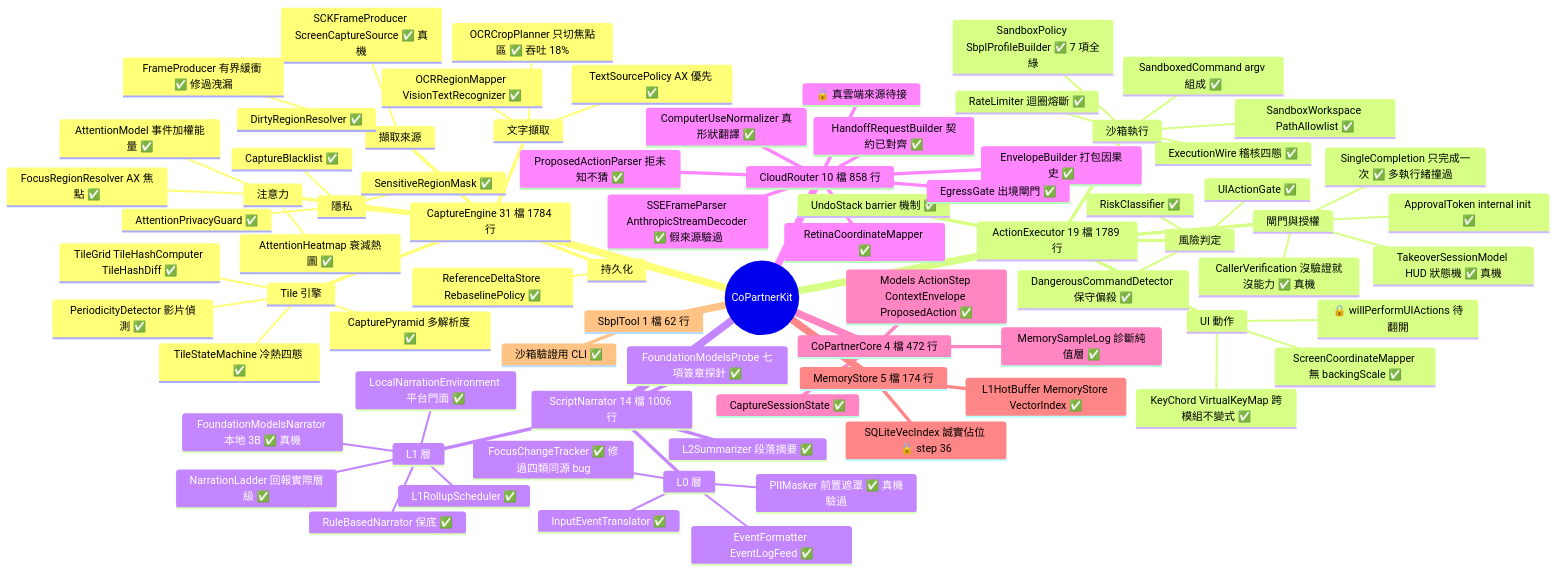
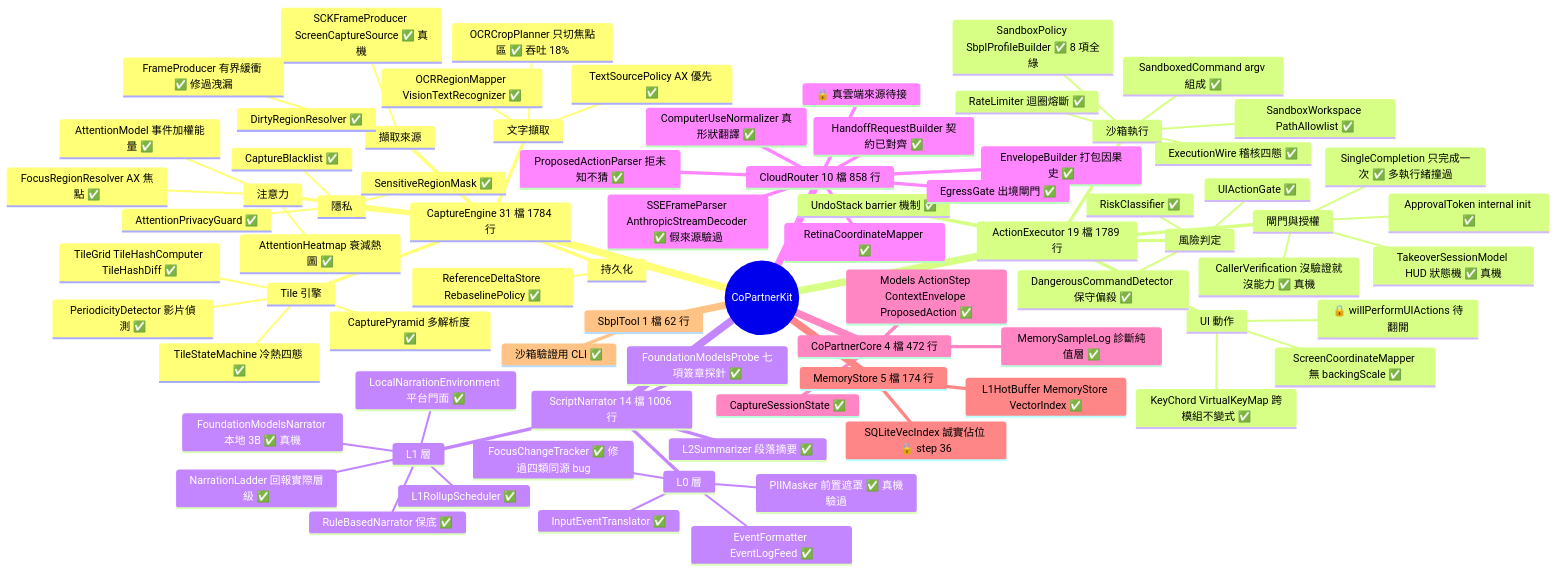
One commit to pcpcchen-coder/CoPartner changed the second of 10 diagrams in docs/project-mindmap.md. Above: the diagram before and after it, drawn with Mermaid. The commit also changed other lines of this file and 10 other files, not shown here.

First line of the commit message:
docs: 進度對帳第二輪 —— 修正 62/66 算術與 sandbox 項數，同步三個衍生視圖

````diff
--- a/docs/project-mindmap.md
+++ b/docs/project-mindmap.md
@@ -86,81 +86,81 @@
 ```mermaid
 mindmap
   root((CoPartnerKit))
     CaptureEngine 31 檔 1784 行
       擷取來源
         SCKFrameProducer ScreenCaptureSource ✅ 真機
         DirtyRegionResolver ✅
         FrameProducer 有界緩衝 ✅ 修過洩漏
       Tile 引擎
         TileGrid TileHashComputer TileHashDiff ✅
         TileStateMachine 冷熱四態 ✅
         PeriodicityDetector 影片偵測 ✅
         CapturePyramid 多解析度 ✅
       注意力
         AttentionModel 事件加權能量 ✅
         AttentionHeatmap 衰減熱圖 ✅
         FocusRegionResolver AX 焦點 ✅
       文字擷取
         OCRCropPlanner 只切焦點區 ✅ 吞吐 18%
         OCRRegionMapper VisionTextRecognizer ✅
         TextSourcePolicy AX 優先 ✅
       隱私
         SensitiveRegionMask ✅
         CaptureBlacklist ✅
         AttentionPrivacyGuard ✅
       持久化
         ReferenceDeltaStore RebaselinePolicy ✅
     ActionExecutor 19 檔 1789 行
       閘門與授權
         TakeoverSessionModel HUD 狀態機 ✅ 真機
         ApprovalToken internal init ✅
         SingleCompletion 只完成一次 ✅ 多執行緒撞過
         CallerVerification 沒驗證就沒能力 ✅ 真機
       風險判定
         RiskClassifier ✅
         DangerousCommandDetector 保守偏殺 ✅
         UIActionGate ✅
       沙箱執行
-        SandboxPolicy SbplProfileBuilder ✅ 7 項全綠
+        SandboxPolicy SbplProfileBuilder ✅ 8 項全綠
         SandboxedCommand argv 組成 ✅
         SandboxWorkspace PathAllowlist ✅
         RateLimiter 迴圈熔斷 ✅
         ExecutionWire 稽核四態 ✅
       UI 動作
         ScreenCoordinateMapper 無 backingScale ✅
         KeyChord VirtualKeyMap 跨模組不變式 ✅
         🔒 willPerformUIActions 待翻開
       UndoStack barrier 機制 ✅
     ScriptNarrator 14 檔 1006 行
       L0 層
         EventFormatter EventLogFeed ✅
         InputEventTranslator ✅
         PIIMasker 前置遮罩 ✅ 真機驗過
         FocusChangeTracker ✅ 修過四類同源 bug
       L1 層
         NarrationLadder 回報實際層級 ✅
         RuleBasedNarrator 保底 ✅
         FoundationModelsNarrator 本地 3B ✅ 真機
         LocalNarrationEnvironment 平台門面 ✅
         L1RollupScheduler ✅
       L2Summarizer 段落摘要 ✅
       FoundationModelsProbe 七項簽章探針 ✅
     CloudRouter 10 檔 858 行
       EnvelopeBuilder 打包因果史 ✅
       EgressGate 出境閘門 ✅
       HandoffRequestBuilder 契約已對齊 ✅
       ComputerUseNormalizer 真形狀翻譯 ✅
       ProposedActionParser 拒未知不猜 ✅
       SSEFrameParser AnthropicStreamDecoder ✅ 假來源驗過
       RetinaCoordinateMapper ✅
       🔒 真雲端來源待接
     CoPartnerCore 4 檔 472 行
       Models ActionStep ContextEnvelope ProposedAction ✅
       CaptureSessionState ✅
       MemorySampleLog 診斷純值層 ✅
     MemoryStore 5 檔 174 行
       L1HotBuffer MemoryStore VectorIndex ✅
       SQLiteVecIndex 誠實佔位 🔒 step 36
     SbplTool 1 檔 62 行
       沙箱驗證用 CLI ✅
 ```
````
